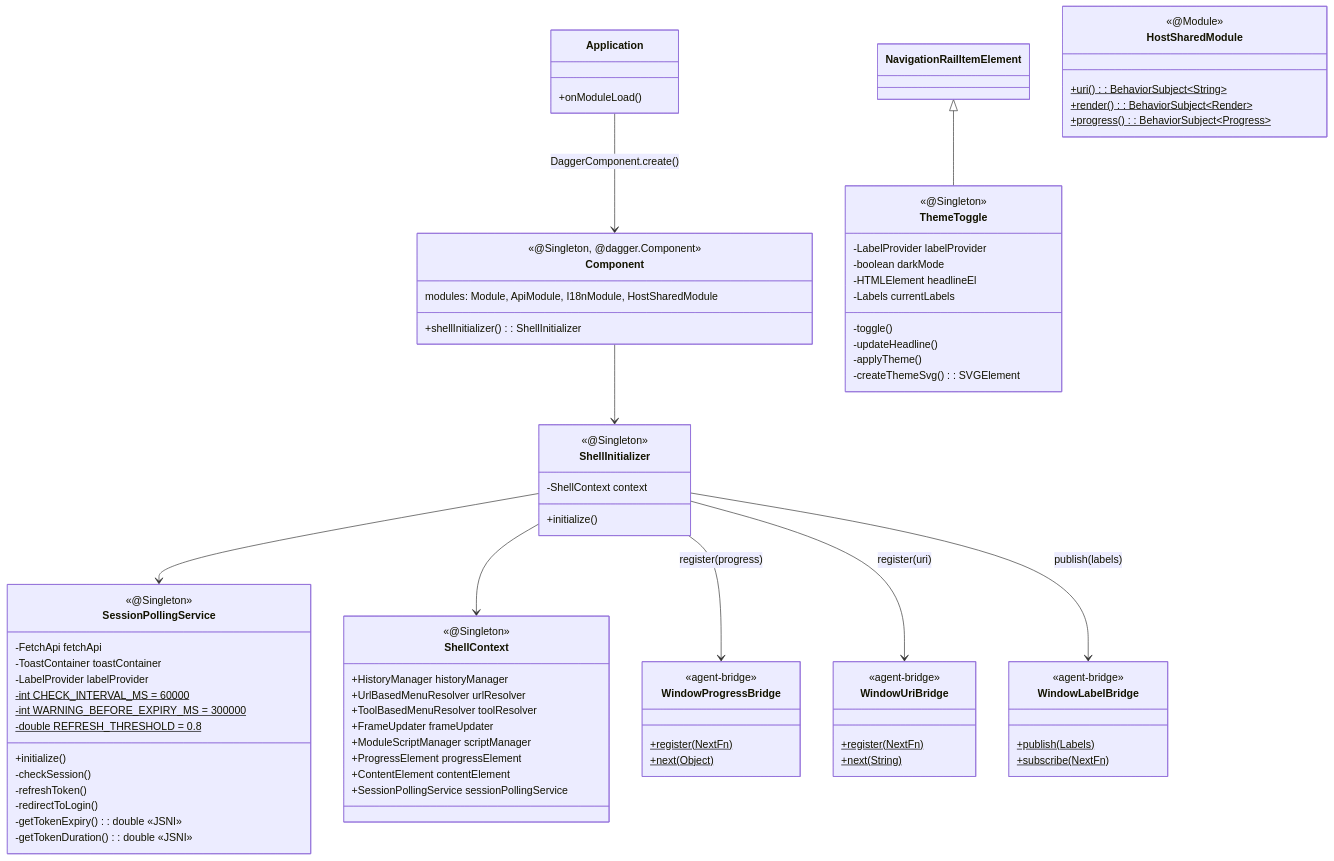
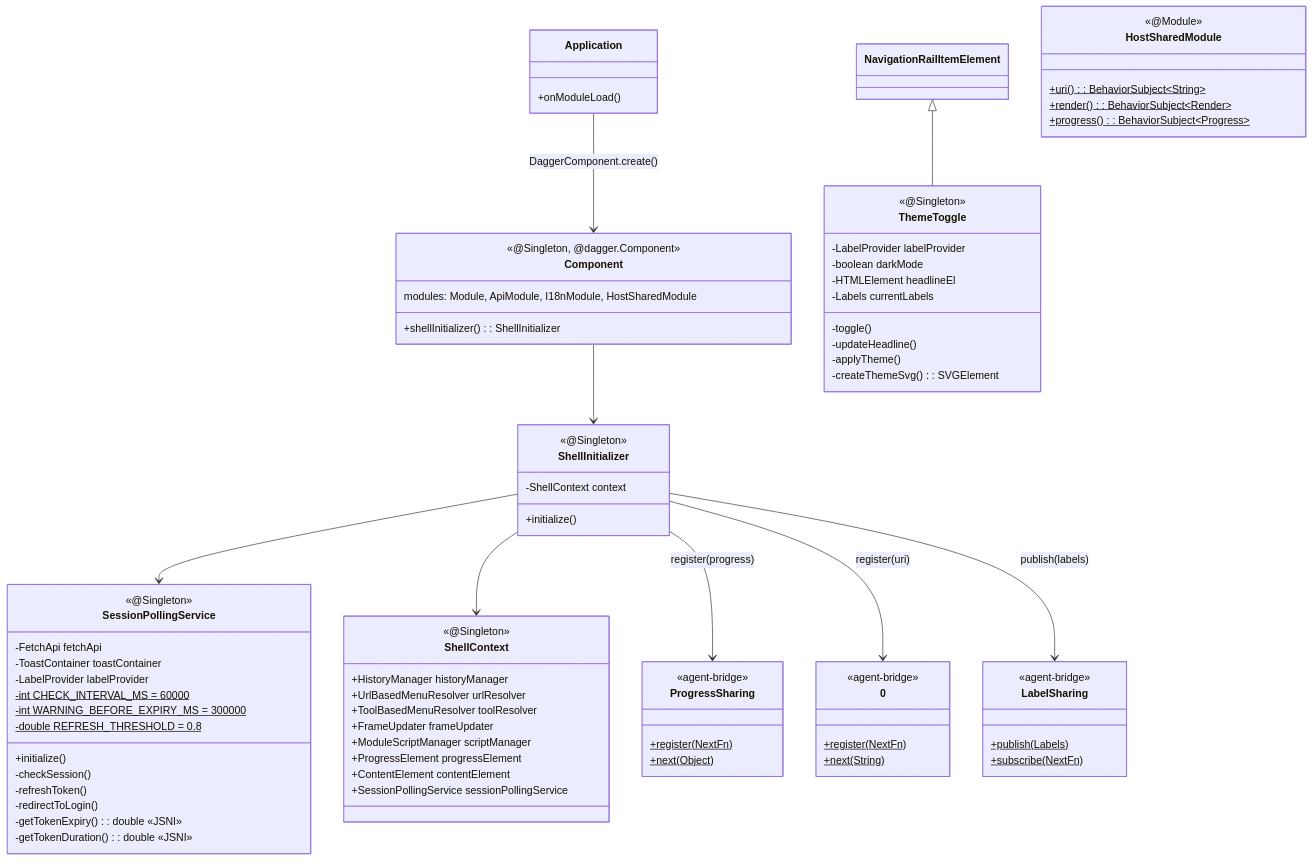
One commit to sayaya1090/handbook changed the fifth of 6 diagrams in shell-ui/CLASS-DIAGRAM.md. Above: the diagram before and after it, drawn with Mermaid. The commit also changed 166 other files, not shown here.

````diff
--- a/shell-ui/CLASS-DIAGRAM.md
+++ b/shell-ui/CLASS-DIAGRAM.md
@@ -391,17 +391,17 @@
         +render(): BehaviorSubject~Render~$
         +progress(): BehaviorSubject~Progress~$
     }
-    class WindowProgressBridge {
+    class ProgressSharing {
         <<agent-bridge>>
         +register(NextFn)$
         +next(Object)$
     }
-    class WindowUriBridge {
+    class 0 {
         <<agent-bridge>>
         +register(NextFn)$
         +next(String)$
     }
-    class WindowLabelBridge {
+    class LabelSharing {
         <<agent-bridge>>
         +publish(Labels)$
         +subscribe(NextFn)$
@@ -410,7 +410,7 @@
     Application --> Component : DaggerComponent.create()
     Component --> ShellInitializer
     ShellInitializer --> ShellContext
-    ShellInitializer --> WindowProgressBridge : register(progress)
-    ShellInitializer --> WindowUriBridge : register(uri)
-    ShellInitializer --> WindowLabelBridge : publish(labels)
+    ShellInitializer --> ProgressSharing : register(progress)
+    ShellInitializer --> 0 : register(uri)
+    ShellInitializer --> LabelSharing : publish(labels)
 ```
````
